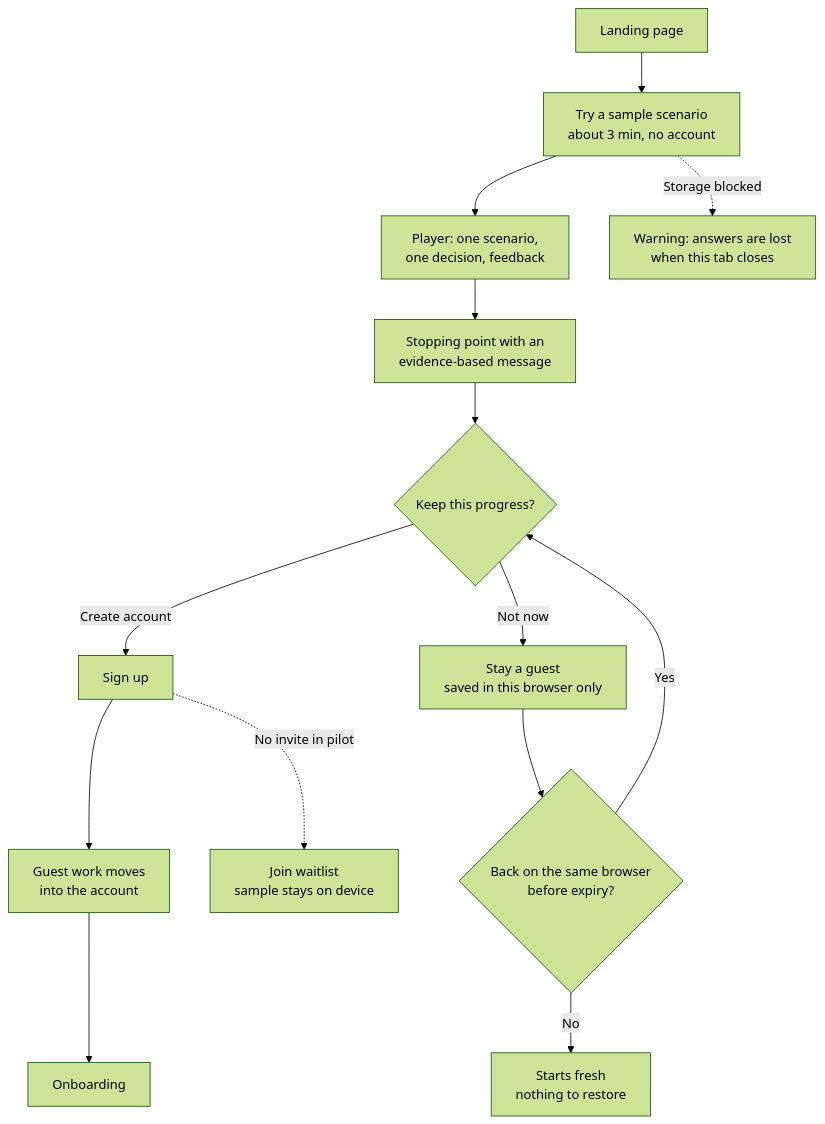
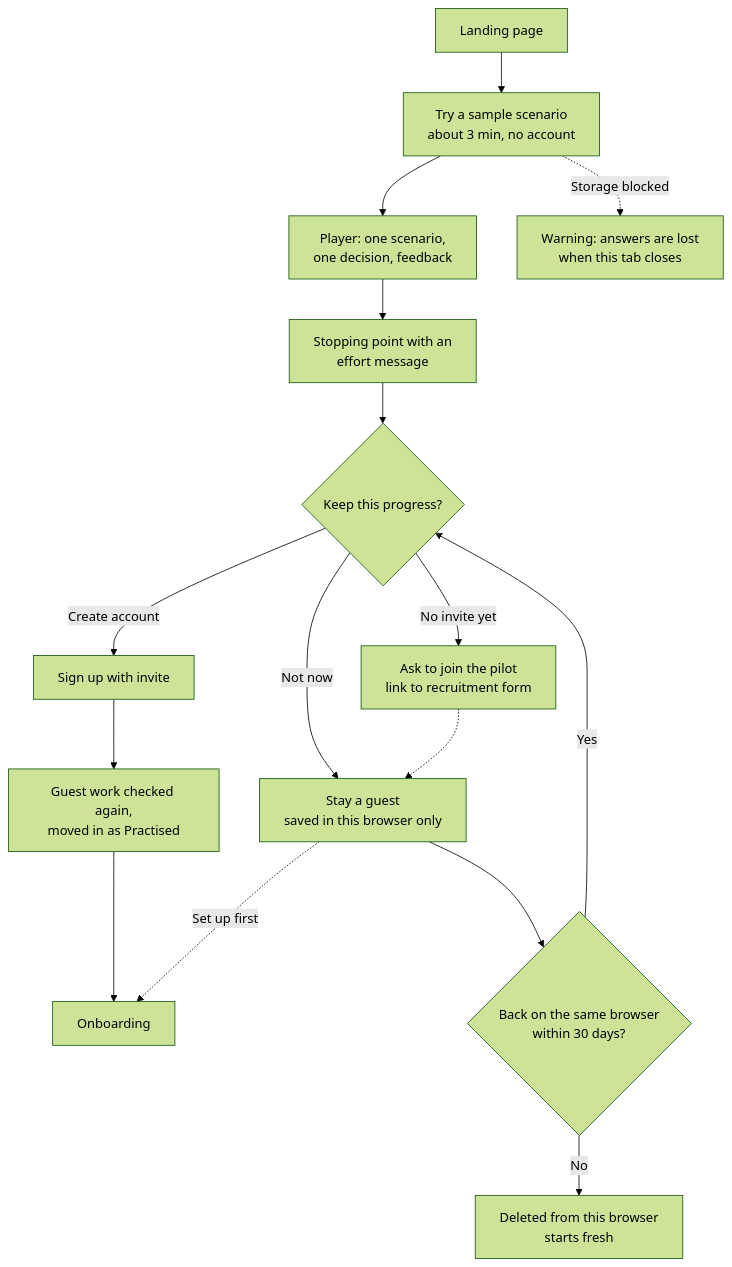
The second of 12 diagrams in devstep/docs/08-ux-and-screens.md (GhanshyamSoni68/app_idea), drawn with Mermaid (forest theme) before and after one commit. The commit also changed other lines of this file and 3 other files, not shown here.

````diff
--- a/devstep/docs/08-ux-and-screens.md
+++ b/devstep/docs/08-ux-and-screens.md
@@ -130,11 +136,12 @@
 ```mermaid
 flowchart TD
   A1["Landing page"] --> A2["Try a sample scenario<br/>about 3 min, no account"] --> A3["Player: one scenario,<br/>one decision, feedback"]
-  A3 --> A5["Stopping point with an<br/>evidence-based message"] --> A6{"Keep this progress?"}
-  A6 -->|Create account| A7["Sign up"] --> A8["Guest work moves<br/>into the account"] --> A9["Onboarding"]
-  A6 -->|Not now| A10["Stay a guest<br/>saved in this browser only"] --> A11{"Back on the same browser<br/>before expiry?"}
+  A3 --> A5["Stopping point with an<br/>effort message"] --> A6{"Keep this progress?"}
+  A6 -->|Create account| A7["Sign up with invite"] --> A8["Guest work checked again,<br/>moved in as Practised"] --> A9["Onboarding"]
+  A6 -->|Not now| A10["Stay a guest<br/>saved in this browser only"] --> A11{"Back on the same browser<br/>within 30 days?"}
+  A10 -.->|Set up first| A9
   A11 -->|Yes| A6
-  A11 -->|No| A12["Starts fresh<br/>nothing to restore"]
+  A11 -->|No| A12["Deleted from this browser<br/>starts fresh"]
   A2 -.->|Storage blocked| A13["Warning: answers are lost<br/>when this tab closes"]
-  A7 -.->|No invite in pilot| A14["Join waitlist<br/>sample stays on device"]
+  A6 -->|No invite yet| A14["Ask to join the pilot<br/>link to recruitment form"] -.-> A10
 ```
````
